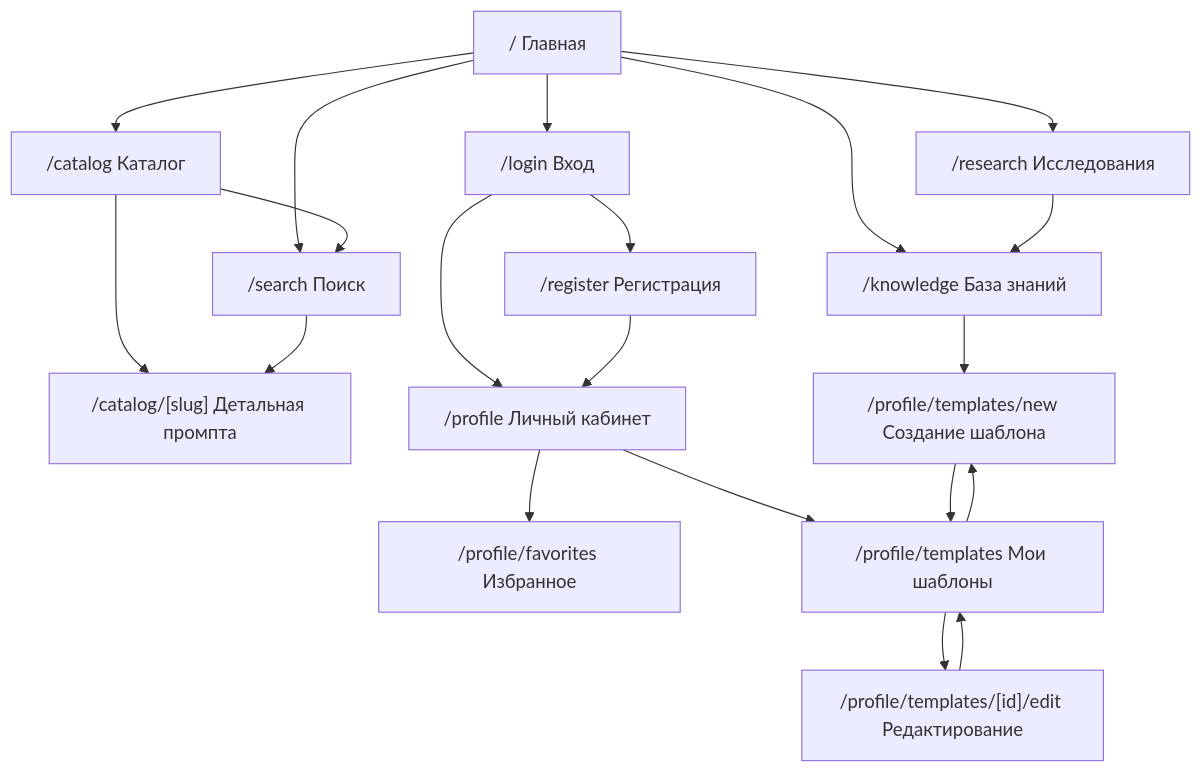
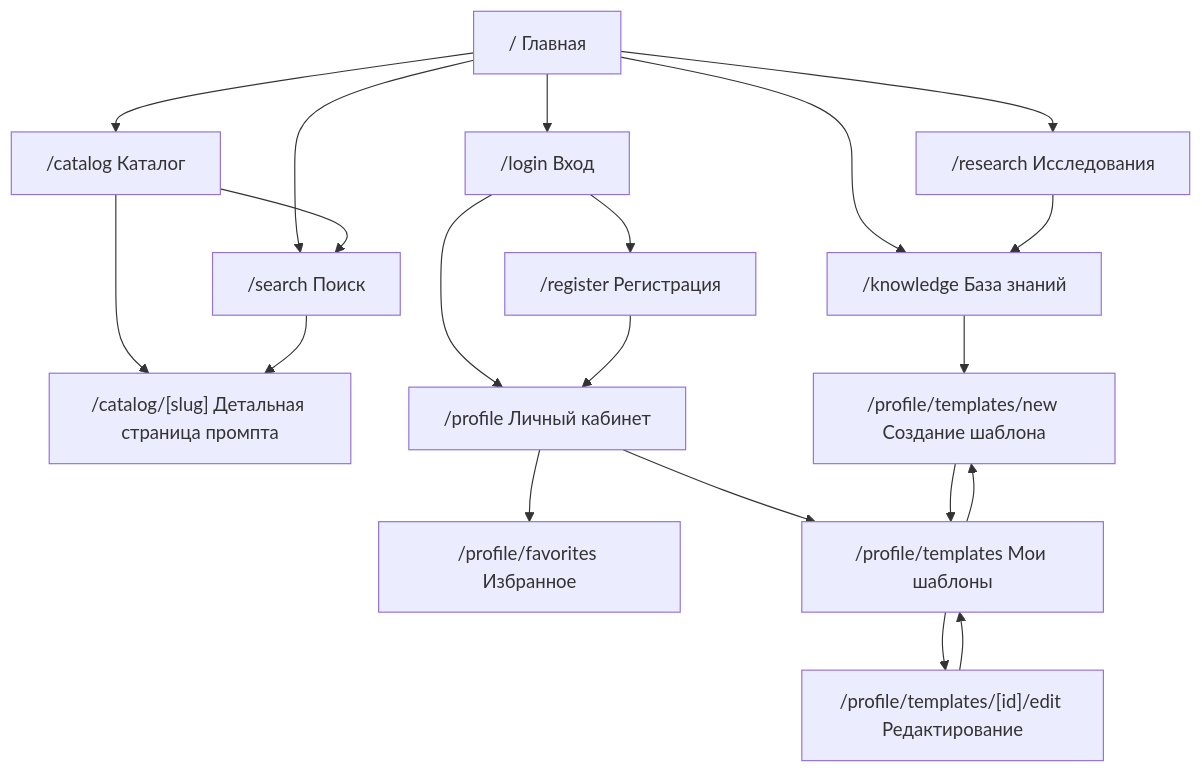
One commit to neShali/prompt-hub changed the diagram in README.md. Above: the diagram before and after it, drawn with Mermaid. The commit also changed other lines of this file and 56 other files, not shown here.

````diff
--- a/README.md
+++ b/README.md
@@ -367,26 +118,26 @@
 ```mermaid
 flowchart TD
     Home["/ Главная"] --> Catalog["/catalog Каталог"]
     Home --> Knowledge["/knowledge База знаний"]
     Home --> Research["/research Исследования"]
     Home --> Search["/search Поиск"]
     Home --> Login["/login Вход"]
 
-    Catalog --> PromptDetails["/catalog/[slug] Детальная промпта"]
+    Catalog --> PromptDetails["/catalog/[slug] Детальная страница промпта"]
     Catalog --> Search
     Search --> PromptDetails
 
     Login --> Register["/register Регистрация"]
     Login --> Profile["/profile Личный кабинет"]
     Register --> Profile
 
     Profile --> Favorites["/profile/favorites Избранное"]
     Profile --> Templates["/profile/templates Мои шаблоны"]
     Templates --> NewTemplate["/profile/templates/new Создание шаблона"]
     Templates --> EditTemplate["/profile/templates/[id]/edit Редактирование"]
     NewTemplate --> Templates
     EditTemplate --> Templates
 
     Knowledge --> NewTemplate
     Research --> Knowledge
 ```
````
